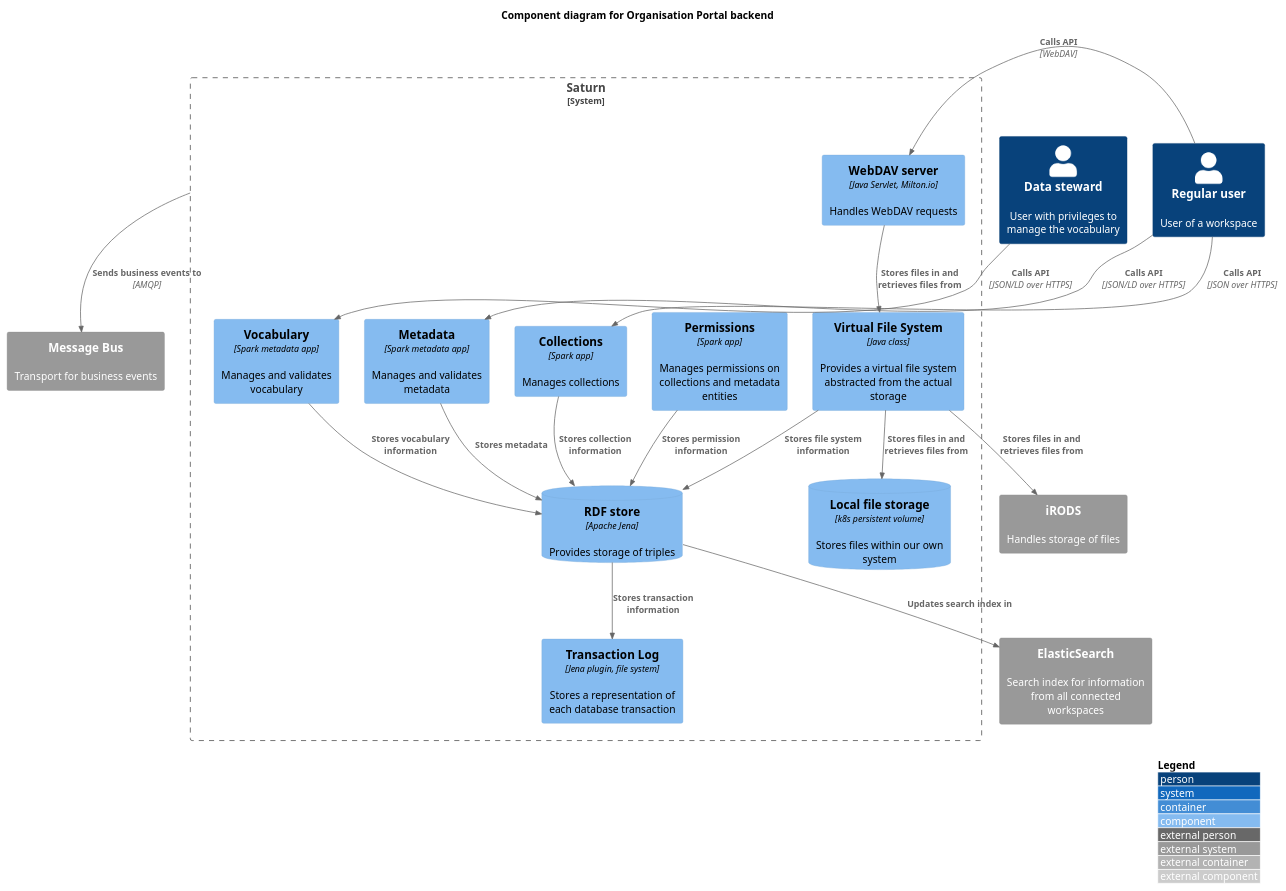
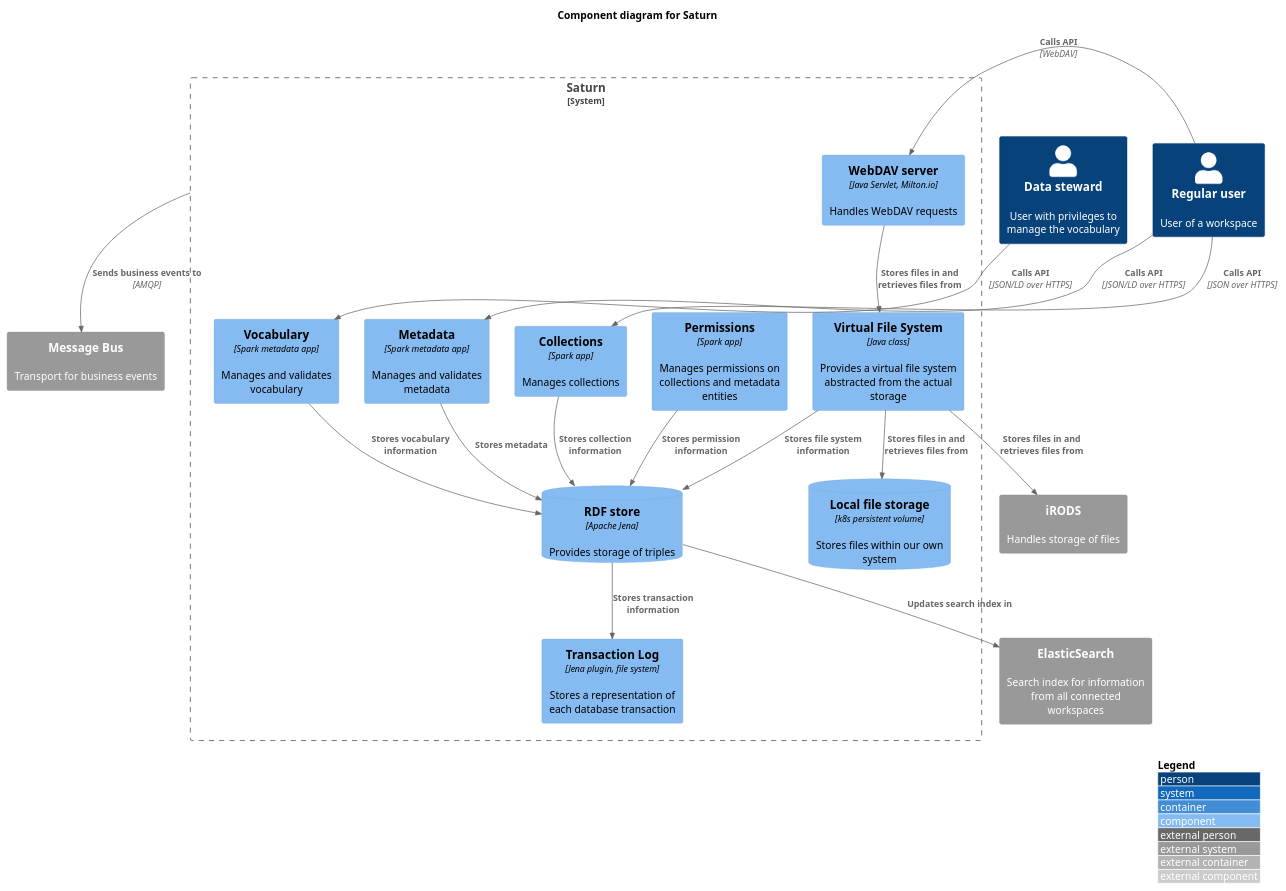
One commit to thehyve/fairspace changed the diagram in docs/component-diagram-saturn.puml. Above: the diagram before and after it, drawn with PlantUML.

Commit message:
Fix copy-paste issues mentioned in PR #705

```diff
--- a/docs/component-diagram-saturn.puml
+++ b/docs/component-diagram-saturn.puml
@@ -1,43 +1,43 @@
-@startuml Hyperspace
+@startuml Saturn
 !includeurl https://raw.githubusercontent.com/RicardoNiepel/C4-PlantUML/release/1-0/C4_Component.puml
 
-title Component diagram for Organisation Portal backend
+title Component diagram for Saturn
 
 LAYOUT_WITH_LEGEND()
 
 Person(user, "Regular user", "User of a workspace")
 Person(datasteward, "Data steward", "User with privileges to manage the vocabulary")
 
 System_Boundary(saturn, "Saturn") {
     ComponentDb(file_storage, "Local file storage", "k8s persistent volume", "Stores files within our own system")
     ComponentDb(jena, "RDF store", "Apache Jena", "Provides storage of triples")
     Component(transaction_log, "Transaction Log", "Jena plugin, file system", "Stores a representation of each database transaction")
     Component(vfs, "Virtual File System", "Java class", "Provides a virtual file system abstracted from the actual storage")
     Component(webdav, "WebDAV server", "Java Servlet, Milton.io", "Handles WebDAV requests")
     Component(collections, "Collections", "Spark app", "Manages collections")
     Component(permissions, "Permissions", "Spark app", "Manages permissions on collections and metadata entities")
     Component(metadata, "Metadata", "Spark metadata app", "Manages and validates metadata")
     Component(vocabulary, "Vocabulary", "Spark metadata app", "Manages and validates vocabulary")
 }
 
 System_Ext(elasticsearch, "ElasticSearch", "Search index for information from all connected workspaces")
 System_Ext(irods, "iRODS", "Handles storage of files")
 System_Ext(rabbitmq, "Message Bus", "Transport for business events")
 
 Rel_R(user, collections, "Calls API", "JSON over HTTPS")
 Rel_R(user, metadata, "Calls API", "JSON/LD over HTTPS")
 Rel_R(user, webdav, "Calls API", "WebDAV")
 Rel(datasteward, vocabulary, "Calls API", "JSON/LD over HTTPS")
 
 Rel(webdav, vfs, "Stores files in and retrieves files from")
 Rel(vfs, irods, "Stores files in and retrieves files from")
 Rel(vfs, file_storage, "Stores files in and retrieves files from")
 Rel(vfs, jena, "Stores file system information")
 Rel(collections, jena, "Stores collection information")
 Rel(permissions, jena, "Stores permission information")
 Rel(metadata, jena, "Stores metadata")
 Rel(vocabulary, jena, "Stores vocabulary information")
 Rel(jena, transaction_log, "Stores transaction information")
 Rel(jena, elasticsearch, "Updates search index in")
 Rel(saturn, rabbitmq, "Sends business events to", "AMQP")
 @enduml
```
